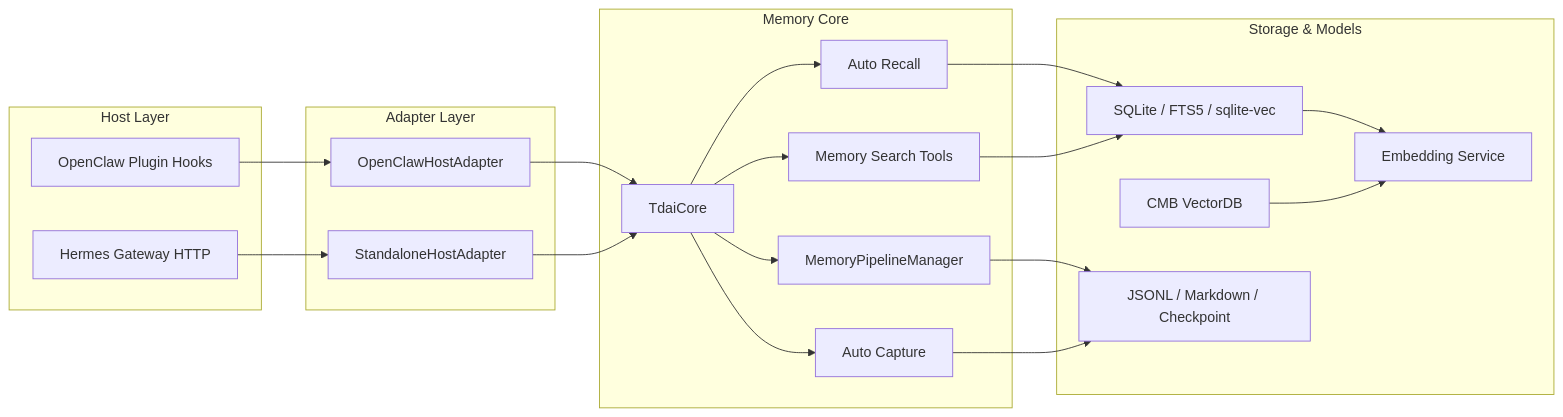
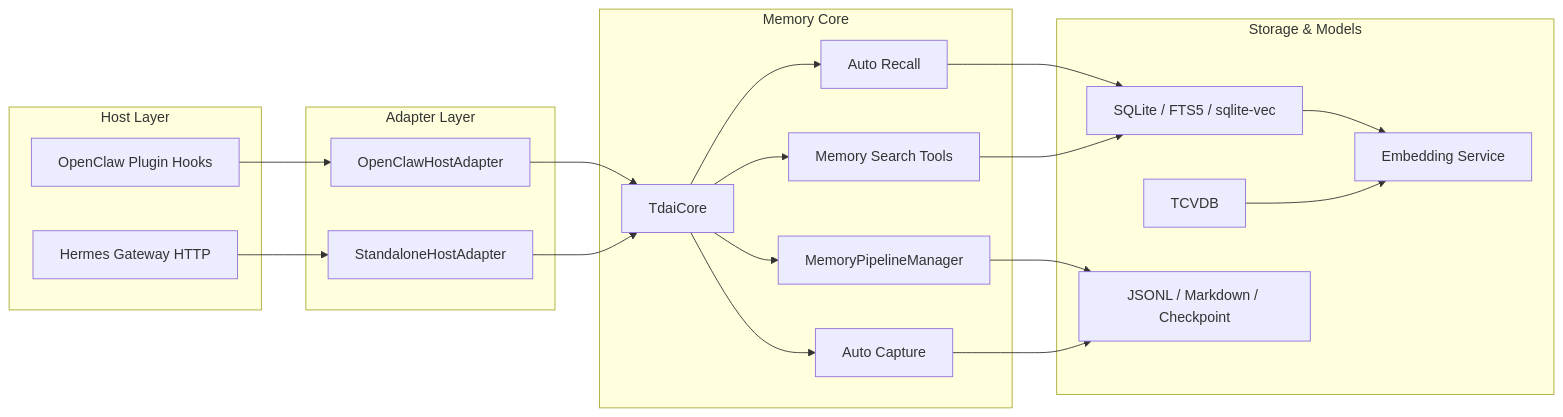
The second of 14 diagrams in 问题/05-英文面试/Agent-Memory-端到端系统深挖-英文.md (PorunC/interview), drawn with Mermaid before and after one commit. The commit also changed other lines of this file and 27 other files, not shown here.

````diff
--- a/问题/05-英文面试/Agent-Memory-端到端系统深挖-英文.md
+++ b/问题/05-英文面试/Agent-Memory-端到端系统深挖-英文.md
@@ -87,40 +87,40 @@
 ```mermaid
 flowchart LR
   subgraph Host["Host Layer"]
     OC["OpenClaw Plugin Hooks"]
     GW["Hermes Gateway HTTP"]
   end
 
   subgraph Adapter["Adapter Layer"]
     OCA["OpenClawHostAdapter"]
     STA["StandaloneHostAdapter"]
   end
 
   subgraph Core["Memory Core"]
     TDC["TdaiCore"]
     Recall["Auto Recall"]
     Capture["Auto Capture"]
     Scheduler["MemoryPipelineManager"]
     Search["Memory Search Tools"]
   end
 
   subgraph Storage["Storage & Models"]
     SQLite["SQLite / FTS5 / sqlite-vec"]
-    CMBVDB["CMB VectorDB"]
+    TCVDB["TCVDB"]
     Emb["Embedding Service"]
     Files["JSONL / Markdown / Checkpoint"]
   end
 
   OC --> OCA --> TDC
   GW --> STA --> TDC
   TDC --> Recall
   TDC --> Capture
   TDC --> Scheduler
   TDC --> Search
   Recall --> SQLite
   Search --> SQLite
   Scheduler --> Files
   Capture --> Files
   SQLite --> Emb
-  CMBVDB --> Emb
+  TCVDB --> Emb
 ```
````
